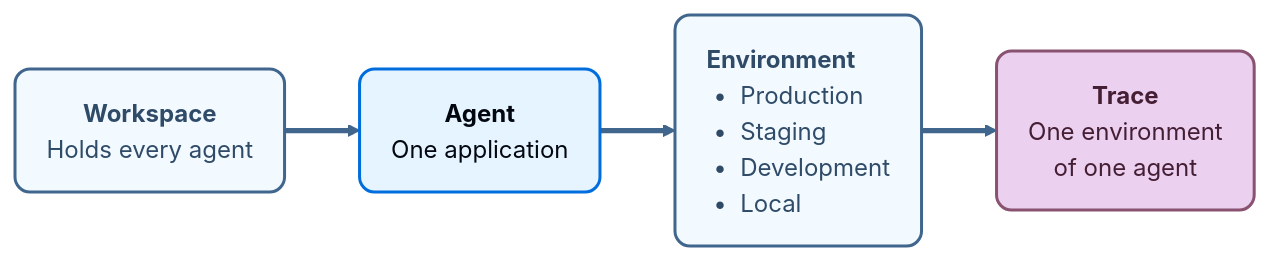
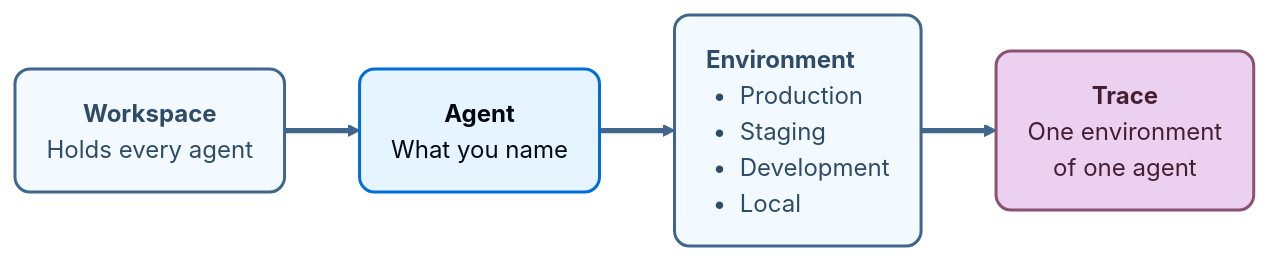
Before and after one commit to langchain-ai/docs: the diagram in src/langsmith/agents.mdx, drawn with Mermaid. The commit also changed other lines of this file and 4 other files, not shown here.

````diff
--- a/src/langsmith/agents.mdx
+++ b/src/langsmith/agents.mdx
@@ -16,18 +16,18 @@
 ```mermaid actions={false}
 %%{init: {"theme":"base","themeVariables":{"fontFamily":"Inter, system-ui, sans-serif","lineColor":"#40668D","primaryColor":"#E5F4FF","primaryTextColor":"#030710","primaryBorderColor":"#006DDD","clusterBkg":"transparent"}}}%%
 flowchart LR
     WS("<div style='padding:2px 6px'><b>Workspace</b><br/>Holds every agent</div>")
-    AG("<div style='padding:2px 6px'><b>Agent</b><br/>One application</div>")
+    AG("<div style='padding:2px 6px'><b>Agent</b><br/>What you name</div>")
     EN("<div style='text-align:left;padding:2px 6px'><b>Environment</b><br/>&nbsp;•&nbsp; Production<br/>&nbsp;•&nbsp; Staging<br/>&nbsp;•&nbsp; Development<br/>&nbsp;•&nbsp; Local</div>")
     TR("<div style='padding:2px 6px'><b>Trace</b><br/>One environment<br/>of one agent</div>")
 
     WS ==> AG ==> EN ==> TR
 
     classDef neutral fill:#F2FAFF,stroke:#40668D,stroke-width:2px,color:#2F4B68,rx:10,ry:10
     classDef process fill:#E5F4FF,stroke:#006DDD,stroke-width:2px,color:#030710,rx:10,ry:10
     classDef output fill:#EBD0F0,stroke:#885270,stroke-width:2px,color:#441E33,rx:10,ry:10
 
     class WS,EN neutral
     class AG process
     class TR output
 ```
````
